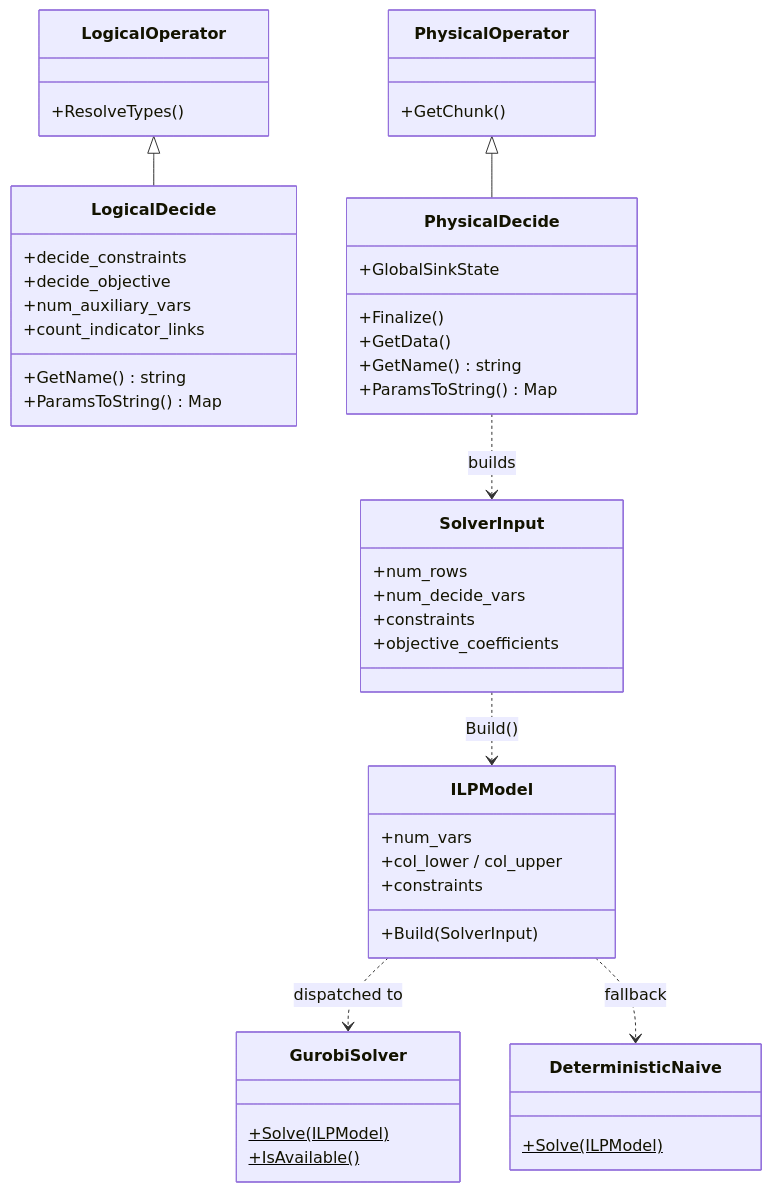
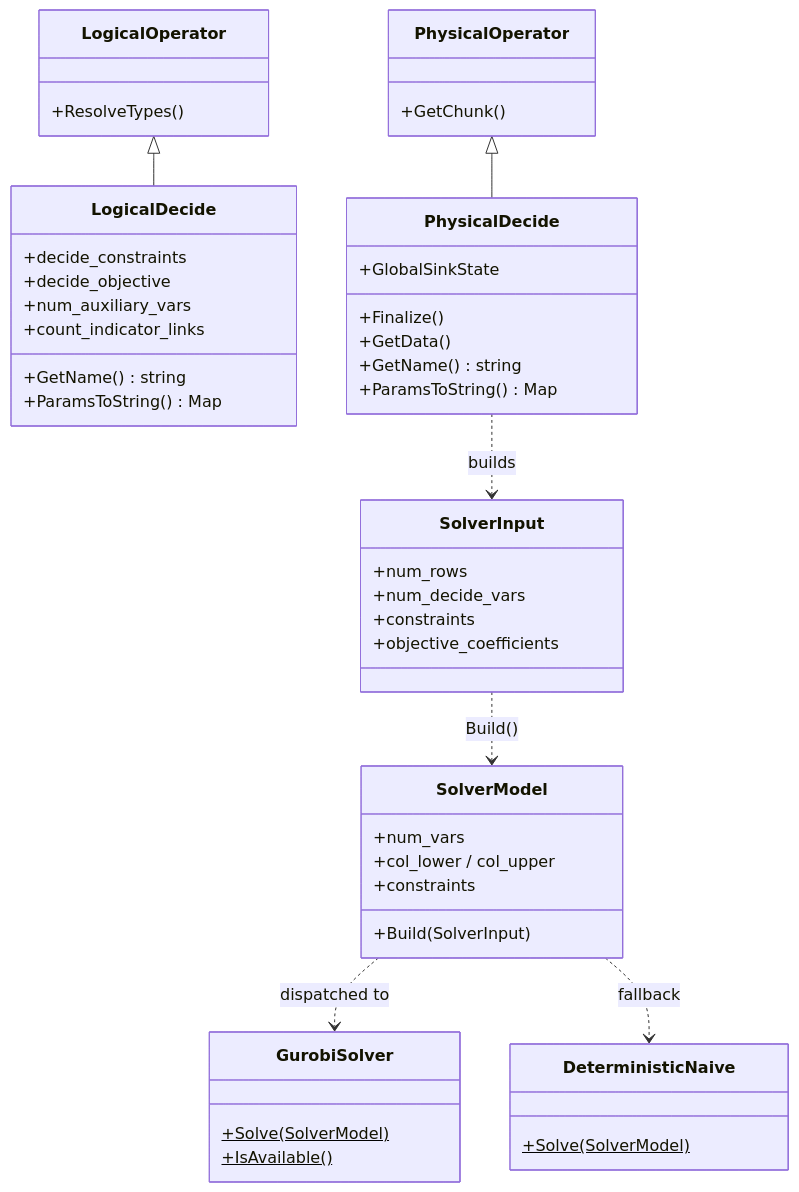
One commit to huda-lab/packdb changed the second of 2 diagrams in context/descriptions/01_pipeline/code_structure.md. Above: the diagram before and after it, drawn with Mermaid. The commit also changed other lines of this file and 34 other files, not shown here.

````diff
--- a/context/descriptions/01_pipeline/code_structure.md
+++ b/context/descriptions/01_pipeline/code_structure.md
@@ -76,52 +87,52 @@
 ```mermaid
 classDiagram
     class LogicalOperator {
         +ResolveTypes()
     }
     class LogicalDecide {
         +decide_constraints
         +decide_objective
         +num_auxiliary_vars
         +count_indicator_links
         +GetName() string
         +ParamsToString() Map
     }
 
     class PhysicalOperator {
         +GetChunk()
     }
     class PhysicalDecide {
         +GlobalSinkState
         +Finalize()
         +GetData()
         +GetName() string
         +ParamsToString() Map
     }
 
     class SolverInput {
         +num_rows
         +num_decide_vars
         +constraints
         +objective_coefficients
     }
-    class ILPModel {
+    class SolverModel {
         +num_vars
         +col_lower / col_upper
         +constraints
         +Build(SolverInput)
     }
     class GurobiSolver {
-        +Solve(ILPModel)$
+        +Solve(SolverModel)$
         +IsAvailable()$
     }
     class DeterministicNaive {
-        +Solve(ILPModel)$
+        +Solve(SolverModel)$
     }
 
     LogicalOperator <|-- LogicalDecide
     PhysicalOperator <|-- PhysicalDecide
     PhysicalDecide ..> SolverInput : builds
-    SolverInput ..> ILPModel : Build()
-    ILPModel ..> GurobiSolver : dispatched to
-    ILPModel ..> DeterministicNaive : fallback
+    SolverInput ..> SolverModel : Build()
+    SolverModel ..> GurobiSolver : dispatched to
+    SolverModel ..> DeterministicNaive : fallback
 ```
````
